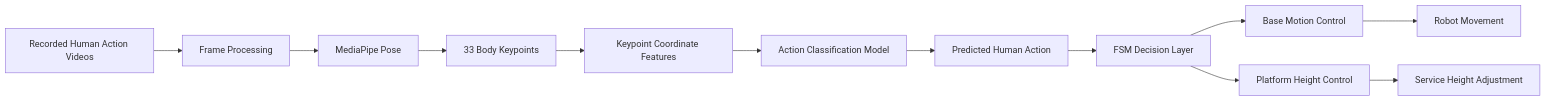
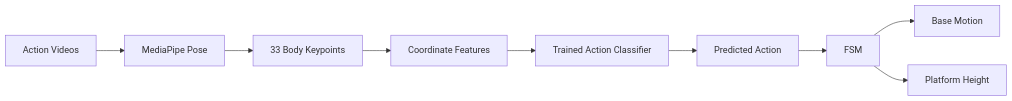
Before and after one commit to fanz23-cell/Tech516-BuddyBot: the first of 2 diagrams in README.md, drawn with Mermaid. The commit also changed other lines of this file, not shown here.

````diff
--- a/README.md
+++ b/README.md
@@ -118,14 +65,11 @@
 ```mermaid
 flowchart LR
-    A[Recorded Human Action Videos] --> B[Frame Processing]
-    B --> C[MediaPipe Pose]
-    C --> D[33 Body Keypoints]
-    D --> E[Keypoint Coordinate Features]
-    E --> F[Action Classification Model]
-    F --> G[Predicted Human Action]
-    G --> H[FSM Decision Layer]
-    H --> I[Base Motion Control]
-    H --> J[Platform Height Control]
-    I --> K[Robot Movement]
-    J --> L[Service Height Adjustment]
+    A[Action Videos] --> B[MediaPipe Pose]
+    B --> C[33 Body Keypoints]
+    C --> D[Coordinate Features]
+    D --> E[Trained Action Classifier]
+    E --> F[Predicted Action]
+    F --> G[FSM]
+    G --> H[Base Motion]
+    G --> I[Platform Height]
 ```
````
